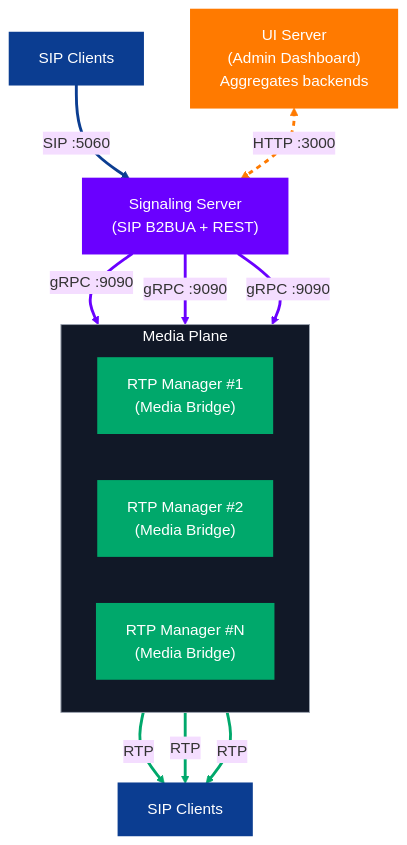
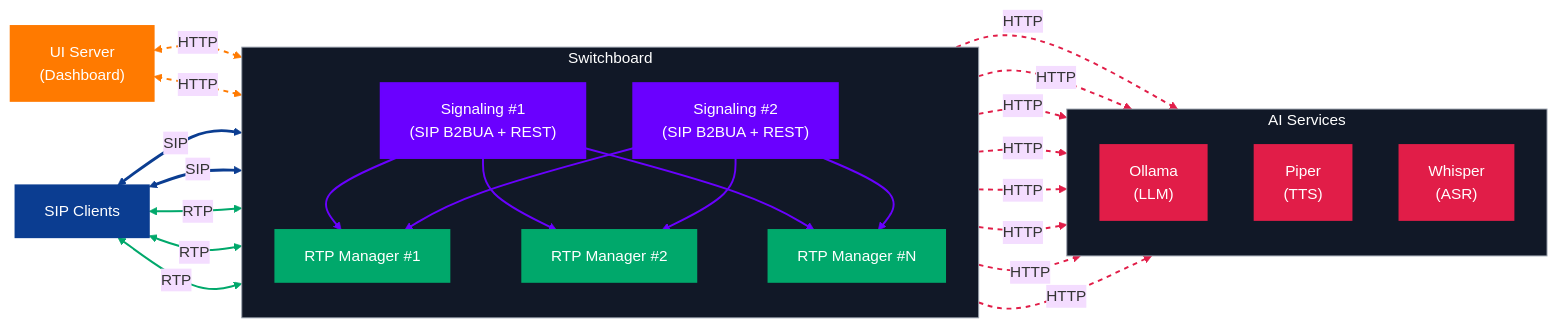
One commit to sebacius/switchboard changed the first of 2 diagrams in README.md. Above: the diagram before and after it, drawn with Mermaid (base theme).

Commit message:
image (#27)

````diff
--- a/README.md
+++ b/README.md
@@ -12,49 +12,88 @@
 ```mermaid
-flowchart TB
-  %% Nodes
-  ClientsTop["SIP Clients"]
-  Signaling["Signaling Server<br/>(SIP B2BUA + REST)"]
-  ClientsBottom["SIP Clients"]
+flowchart LR
+  UI["UI Server<br/>(Dashboard)"]
+  Clients["SIP Clients"]
 
-  subgraph MediaPlane["Media Plane"]
-    direction LR
-    RTP1["RTP Manager #1<br/>(Media Bridge)"]
-    RTP2["RTP Manager #2<br/>(Media Bridge)"]
-    RTPN["RTP Manager #N<br/>(Media Bridge)"]
+  subgraph Core["Switchboard"]
+    direction TB
+    Sig1["Signaling #1<br/>(SIP B2BUA + REST)"]
+    Sig2["Signaling #2<br/>(SIP B2BUA + REST)"]
+    RTP1["RTP Manager #1"]
+    RTP2["RTP Manager #2"]
+    RTP3["RTP Manager #N"]
+    Sig1 --> RTP1
+    Sig1 --> RTP2
+    Sig1 --> RTP3
+    Sig2 --> RTP1
+    Sig2 --> RTP2
+    Sig2 --> RTP3
   end
 
-  UI["UI Server<br/>(Admin Dashboard)<br/>Aggregates backends"]
+  subgraph AI["AI Services"]
+    direction TB
+    LLM["Ollama<br/>(LLM)"]
+    TTS["Piper<br/>(TTS)"]
+    ASR["Whisper<br/>(ASR)"]
+  end
 
   %% Edges
-  ClientsTop -->|"SIP :5060"| Signaling
-  Signaling -->|"gRPC :9090"| RTP1
-  Signaling -->|"gRPC :9090"| RTP2
-  Signaling -->|"gRPC :9090"| RTPN
-  RTP1 -->|"RTP"| ClientsBottom
-  RTP2 -->|"RTP"| ClientsBottom
-  RTPN -->|"RTP"| ClientsBottom
-  UI <-->|"HTTP :3000"| Signaling
+  UI <-->|"HTTP"| Sig1
+  UI <-->|"HTTP"| Sig2
+  Clients <-->|"SIP"| Sig1
+  Clients <-->|"SIP"| Sig2
+  Clients <-->|"RTP"| RTP1
+  Clients <-->|"RTP"| RTP2
+  Clients <-->|"RTP"| RTP3
+  Sig1 -->|"HTTP"| LLM
+  Sig2 -->|"HTTP"| LLM
+  RTP1 -->|"HTTP"| TTS
+  RTP1 -->|"HTTP"| ASR
+  RTP2 -->|"HTTP"| TTS
+  RTP2 -->|"HTTP"| ASR
+  RTP3 -->|"HTTP"| TTS
+  RTP3 -->|"HTTP"| ASR
 
   %% Styling
   classDef clients fill:#0b3d91,stroke:#0b3d91,color:#ffffff,stroke-width:2px;
   classDef signaling fill:#6a00ff,stroke:#6a00ff,color:#ffffff,stroke-width:2px;
   classDef media fill:#00a86b,stroke:#00a86b,color:#ffffff,stroke-width:2px;
   classDef ui fill:#ff7a00,stroke:#ff7a00,color:#ffffff,stroke-width:2px;
+  classDef ai fill:#e11d48,stroke:#e11d48,color:#ffffff,stroke-width:2px;
   classDef plane fill:#111827,stroke:#9ca3af,color:#ffffff,stroke-width:1px;
 
-  class ClientsTop,ClientsBottom clients;
-  class Signaling signaling;
-  class RTP1,RTP2,RTPN media;
+  class Clients clients;
+  class Sig1,Sig2 signaling;
+  class RTP1,RTP2,RTP3 media;
   class UI ui;
-  class MediaPlane plane;
+  class TTS,ASR,LLM ai;
+  class Core,AI plane;
 
-  %% Link styling (index-based)
-  linkStyle 0 stroke:#0b3d91,stroke-width:3px;
-  linkStyle 1 stroke:#6a00ff,stroke-width:3px;
-  linkStyle 2 stroke:#6a00ff,stroke-width:3px;
-  linkStyle 3 stroke:#6a00ff,stroke-width:3px;
-  linkStyle 4 stroke:#00a86b,stroke-width:3px;
-  linkStyle 5 stroke:#00a86b,stroke-width:3px;
-  linkStyle 6 stroke:#00a86b,stroke-width:3px;
-  linkStyle 7 stroke:#ff7a00,stroke-width:3px,stroke-dasharray: 5 5;
+  %% Internal: Sig1 → RTP1,2,3
+  linkStyle 0 stroke:#6a00ff,stroke-width:2px;
+  linkStyle 1 stroke:#6a00ff,stroke-width:2px;
+  linkStyle 2 stroke:#6a00ff,stroke-width:2px;
+  %% Internal: Sig2 → RTP1,2,3
+  linkStyle 3 stroke:#6a00ff,stroke-width:2px;
+  linkStyle 4 stroke:#6a00ff,stroke-width:2px;
+  linkStyle 5 stroke:#6a00ff,stroke-width:2px;
+  %% UI ↔ Sig1, Sig2
+  linkStyle 6 stroke:#ff7a00,stroke-width:2px,stroke-dasharray: 5 5;
+  linkStyle 7 stroke:#ff7a00,stroke-width:2px,stroke-dasharray: 5 5;
+  %% Clients ↔ Sig1, Sig2 (SIP)
+  linkStyle 8 stroke:#0b3d91,stroke-width:3px;
+  linkStyle 9 stroke:#0b3d91,stroke-width:3px;
+  %% Clients ↔ RTP1, RTP2, RTP3
+  linkStyle 10 stroke:#00a86b,stroke-width:2px;
+  linkStyle 11 stroke:#00a86b,stroke-width:2px;
+  linkStyle 12 stroke:#00a86b,stroke-width:2px;
+  %% Sig1, Sig2 → LLM
+  linkStyle 13 stroke:#e11d48,stroke-width:2px,stroke-dasharray: 5 5;
+  linkStyle 14 stroke:#e11d48,stroke-width:2px,stroke-dasharray: 5 5;
+  %% RTP → TTS, ASR
+  linkStyle 15 stroke:#e11d48,stroke-width:2px,stroke-dasharray: 5 5;
+  linkStyle 16 stroke:#e11d48,stroke-width:2px,stroke-dasharray: 5 5;
+  linkStyle 17 stroke:#e11d48,stroke-width:2px,stroke-dasharray: 5 5;
+  linkStyle 18 stroke:#e11d48,stroke-width:2px,stroke-dasharray: 5 5;
+  linkStyle 19 stroke:#e11d48,stroke-width:2px,stroke-dasharray: 5 5;
+  linkStyle 20 stroke:#e11d48,stroke-width:2px,stroke-dasharray: 5 5;
 ```
````
